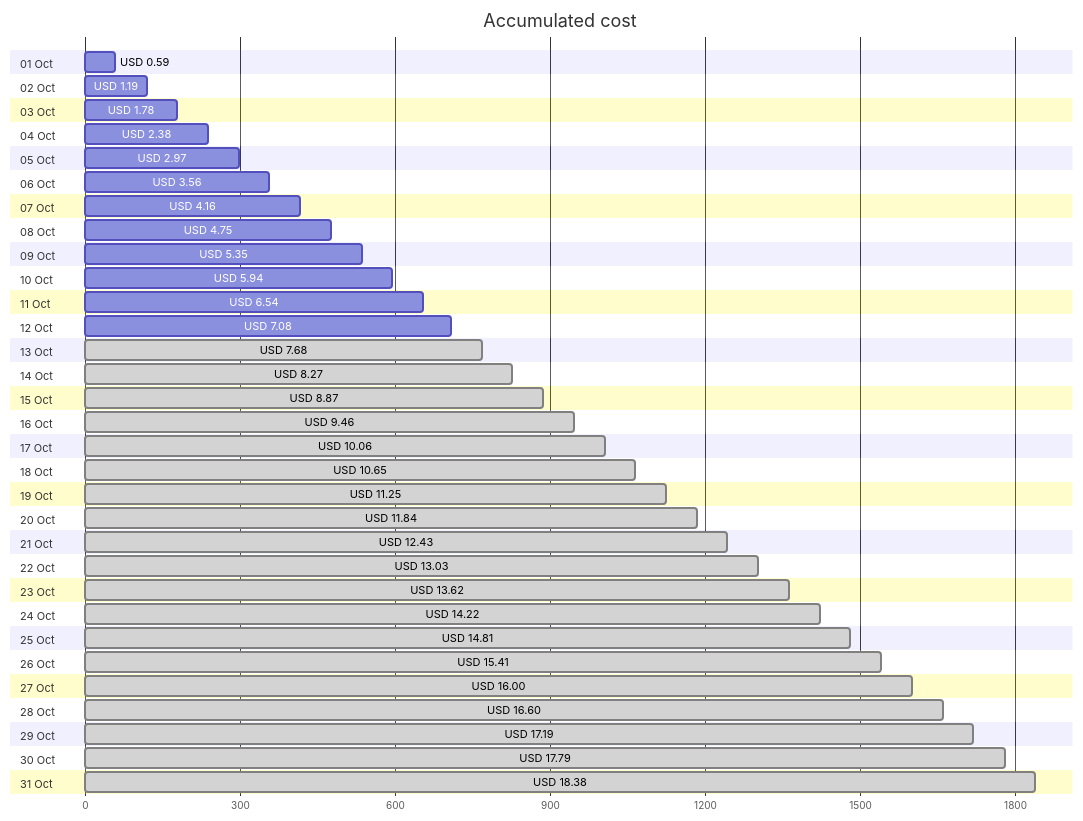
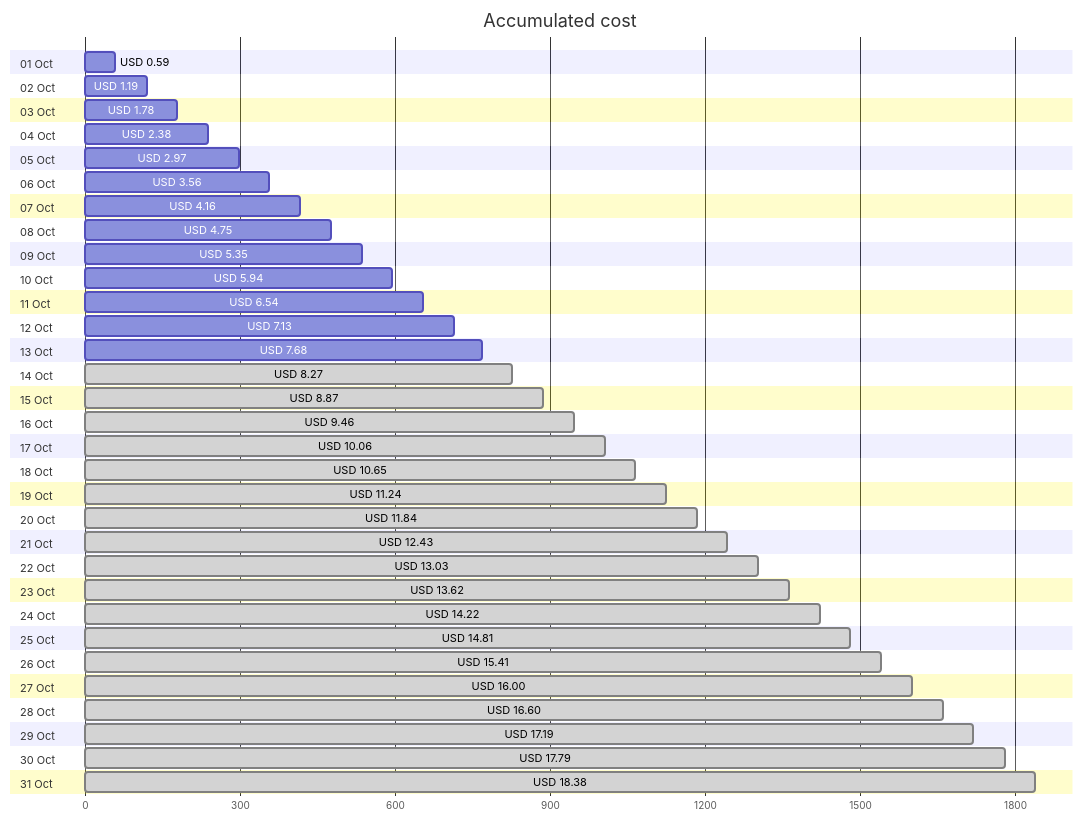
Before and after one commit to jpfulton/azure-personal-reports: the first of 4 diagrams in cost-reports/personal-site/README.md, drawn with Mermaid. The commit also changed other lines of this file and 7 other files, not shown here.

````diff
--- a/cost-reports/personal-site/README.md
+++ b/cost-reports/personal-site/README.md
@@ -20,68 +20,68 @@
 ```mermaid
 gantt
    title Accumulated cost
    dateFormat  X
    axisFormat %s
    section 01 Oct
    USD 0.59 :0, 59
    section 02 Oct
    USD 1.19 :0, 119
    section 03 Oct
    USD 1.78 :0, 178
    section 04 Oct
    USD 2.38 :0, 238
    section 05 Oct
    USD 2.97 :0, 297
    section 06 Oct
    USD 3.56 :0, 356
    section 07 Oct
    USD 4.16 :0, 416
    section 08 Oct
    USD 4.75 :0, 475
    section 09 Oct
    USD 5.35 :0, 535
    section 10 Oct
    USD 5.94 :0, 594
    section 11 Oct
    USD 6.54 :0, 654
    section 12 Oct
-   USD 7.08 :0, 708
+   USD 7.13 :0, 713
    section 13 Oct
-   USD 7.68 : done, 0, 768
+   USD 7.68 :0, 768
    section 14 Oct
    USD 8.27 : done, 0, 827
    section 15 Oct
    USD 8.87 : done, 0, 887
    section 16 Oct
    USD 9.46 : done, 0, 946
    section 17 Oct
    USD 10.06 : done, 0, 1006
    section 18 Oct
    USD 10.65 : done, 0, 1065
    section 19 Oct
-   USD 11.25 : done, 0, 1125
+   USD 11.24 : done, 0, 1124
    section 20 Oct
    USD 11.84 : done, 0, 1184
    section 21 Oct
    USD 12.43 : done, 0, 1243
    section 22 Oct
    USD 13.03 : done, 0, 1303
    section 23 Oct
    USD 13.62 : done, 0, 1362
    section 24 Oct
    USD 14.22 : done, 0, 1422
    section 25 Oct
    USD 14.81 : done, 0, 1481
    section 26 Oct
    USD 15.41 : done, 0, 1541
    section 27 Oct
    USD 16.00 : done, 0, 1600
    section 28 Oct
    USD 16.60 : done, 0, 1660
    section 29 Oct
    USD 17.19 : done, 0, 1719
    section 30 Oct
    USD 17.79 : done, 0, 1779
    section 31 Oct
    USD 18.38 : done, 0, 1838
 ```
````
